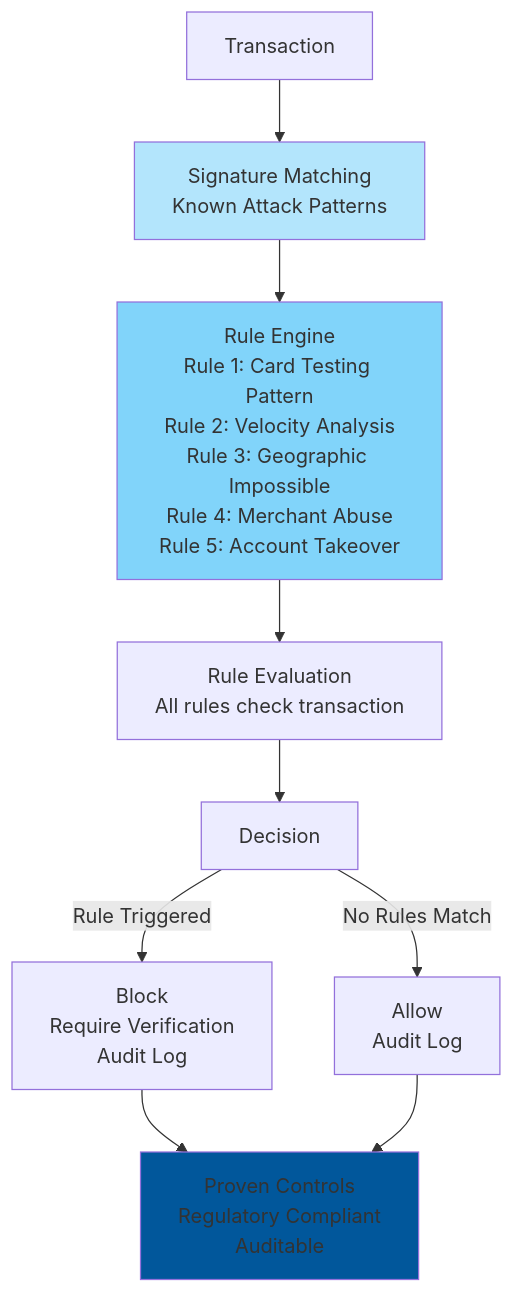
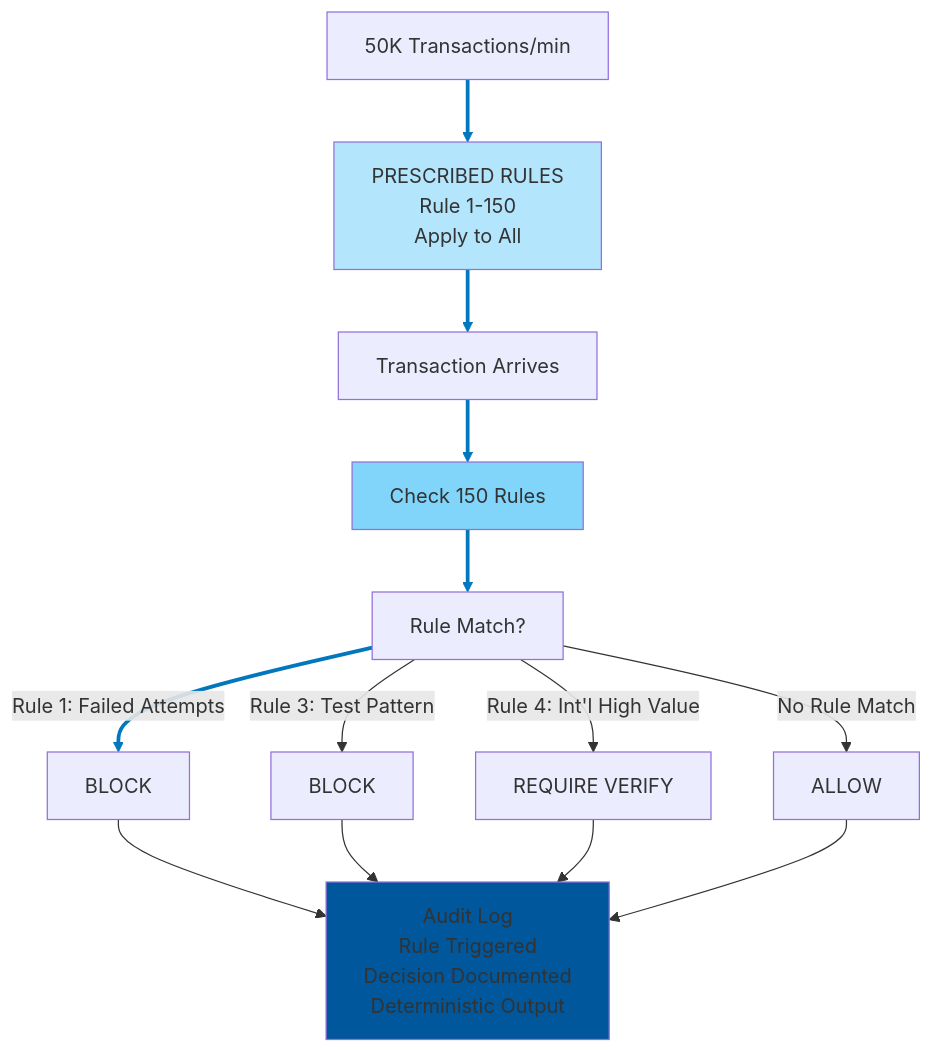
One commit to whatevergeek/agentic_vs_deterministic changed diagram 14 of 18 in debate_shortlisted_topics_slide_prep.md. Above: the diagram before and after it, drawn with Mermaid. The commit also changed other lines of this file, not shown here.

````diff
--- a/debate_shortlisted_topics_slide_prep.md
+++ b/debate_shortlisted_topics_slide_prep.md
@@ -578,15 +609,21 @@
 ```mermaid
 graph TD
-    A["Transaction"] --> B["Signature Matching<br/>Known Attack Patterns"]
-    B --> C["Rule Engine<br/>Rule 1: Card Testing Pattern<br/>Rule 2: Velocity Analysis<br/>Rule 3: Geographic Impossible<br/>Rule 4: Merchant Abuse<br/>Rule 5: Account Takeover"]
-    C --> D["Rule Evaluation<br/>All rules check transaction"]
-    D --> E["Decision"]
-    E -->|"Rule Triggered"| F["Block<br/>Require Verification<br/>Audit Log"]
-    E -->|"No Rules Match"| G["Allow<br/>Audit Log"]
-    F --> H["Proven Controls<br/>Regulatory Compliant<br/>Auditable"]
-    G --> H
+    A["50K Transactions/min"] --> B["PRESCRIBED RULES<br/>Rule 1-150<br/>Apply to All"]
+    B --> C["Transaction Arrives"]
+    C --> D["Check 150 Rules"]
+    D --> E["Rule Match?"]
+    E -->|"Rule 1: Failed Attempts"| F["BLOCK"]
+    E -->|"Rule 3: Test Pattern"| G["BLOCK"]
+    E -->|"Rule 4: Int'l High Value"| H["REQUIRE VERIFY"]
+    E -->|"No Rule Match"| I["ALLOW"]
+    F --> J["Audit Log<br/>Rule Triggered<br/>Decision Documented<br/>Deterministic Output"]
+    G --> J
+    H --> J
+    I --> J
     
     style B fill:#b3e5fc
-    style C fill:#81d4fa
-    style H fill:#01579b
+    style D fill:#81d4fa
+    style J fill:#01579b
+    
+    linkStyle 0,1,2,3,4 stroke:#0277bd,stroke-width:3px
 ```
````
